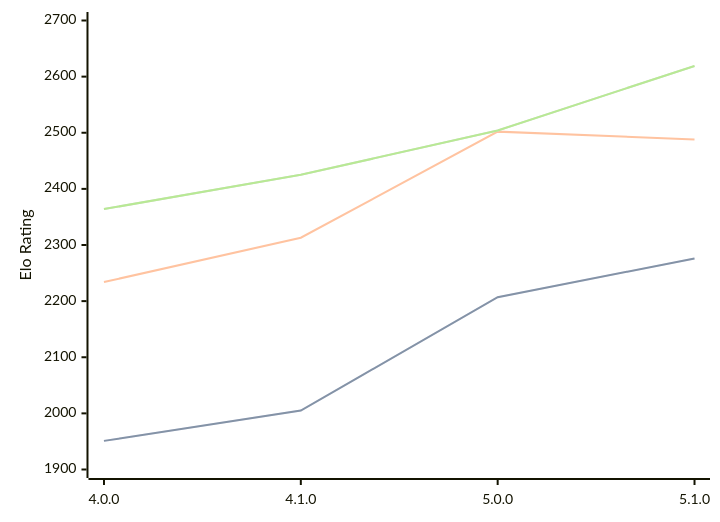
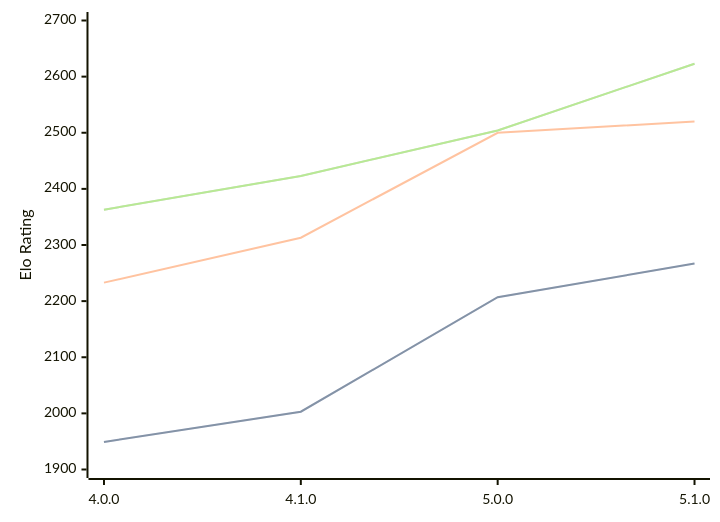
One commit to computer-chess-index/cci changed the diagram in engines/Aconcagua.md. Above: the diagram before and after it, drawn with Mermaid. The commit also changed other lines of this file, not shown here.

Commit message:
Update CCI Ratings (ELO VLTC) - 2026-03-03

````diff
--- a/engines/Aconcagua.md
+++ b/engines/Aconcagua.md
@@ -41,11 +41,11 @@
 ```mermaid
 %%{init: {"theme":"base","themeVariables":{"seriesColors:['#a3a3a3','#222221','#faa371']}}}%%
 xychart-beta
   x-axis ["4.0.0", "4.1.0", "5.0.0", "5.1.0"]
   y-axis "Elo Rating" 1900 --> 2700
-  line "STC (8.0+0.08s)" [1951, 2005, 2207, 2276]
-  line "STC (8.0+0.08s)" [1951, 2005, 2207, 2276]
-  line "LTC (60.0+0.60s)" [2234, 2313, 2502, 2488]
-  line "VLTC (2m24s+1.12s)" [2364, 2425, 2504, 2619]
-  line "VLTC (2m24s+1.12s)" [2364, 2425, 2504, 2619]
+  line "STC (8.0+0.08s)" [1949, 2003, 2207, 2267]
+  line "STC (8.0+0.08s)" [1949, 2003, 2207, 2267]
+  line "LTC (60.0+0.60s)" [2233, 2313, 2500, 2520]
+  line "VLTC (2m24s+1.12s)" [2363, 2423, 2504, 2623]
+  line "VLTC (2m24s+1.12s)" [2363, 2423, 2504, 2623]
 ```
````
